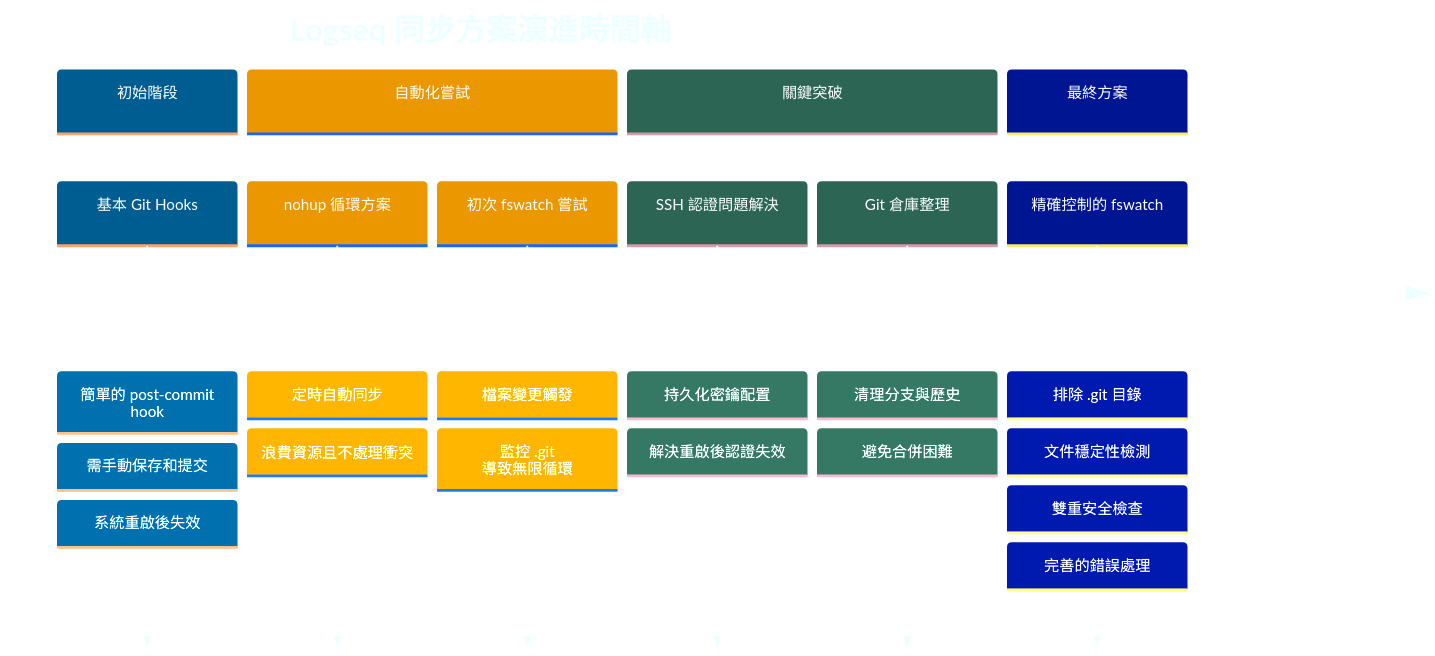
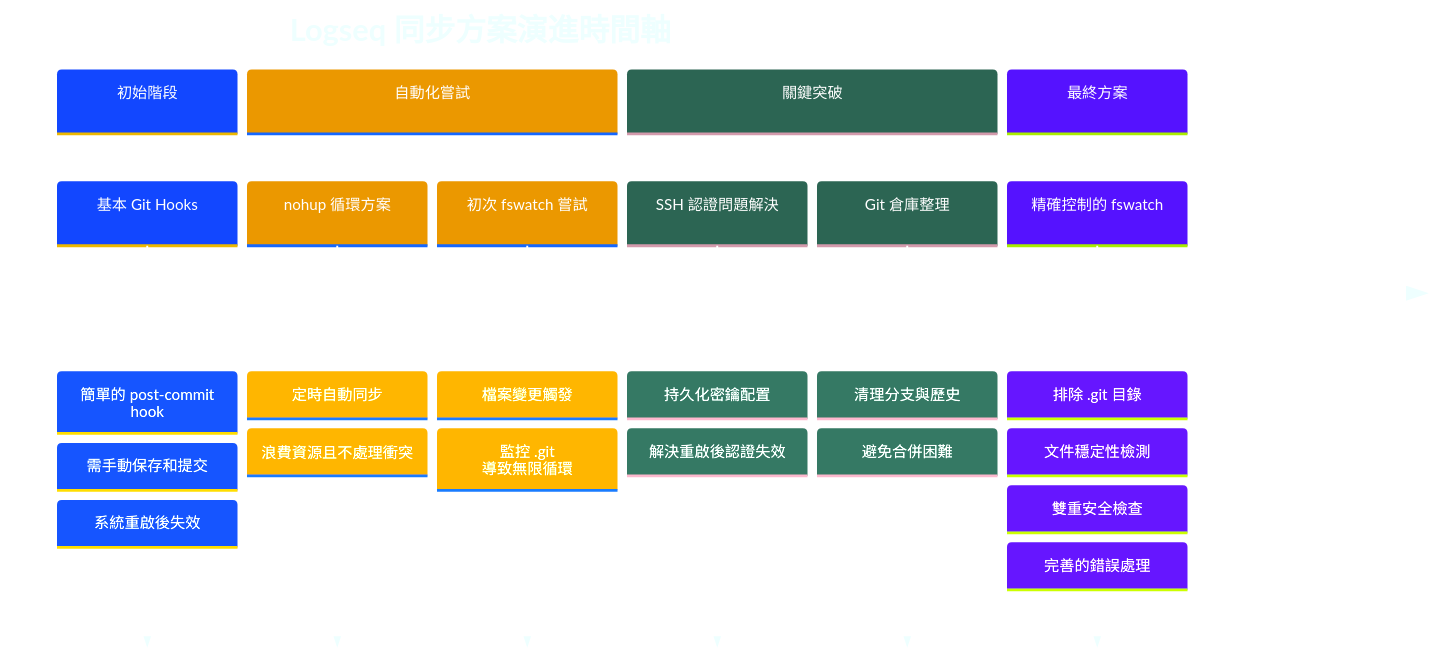
The first of 2 diagrams in Logseq同步方案演進記錄.md (GengGeng026/Sync-Logseq), drawn with Mermaid before and after one commit.

Commit message:
Auto saved by Logseq

````diff
--- a/Logseq同步方案演進記錄.md
+++ b/Logseq同步方案演進記錄.md
@@ -27,45 +27,45 @@
 ```mermaid
 %%{init: {
   'theme': 'base', 
   'themeVariables': {
-    'primaryColor': '#12AAFF',
+    'primaryColor': '#92AAFF',
     'secondaryColor': '#FFCB6B',
     'tertiaryColor': '#59B79A',
     'quaternaryColor': '#F07178',
     'primaryTextColor': '#FFFFFF',
     'primaryBorderColor': '#59B79A',
     'lineColor': '#C792EA',
     'background': 'transparent',
     'textColor': '#EEFFFF',
     'nodeBorder': '#59B79A',
     'clusterBkg': 'transparent',
     'titleColor': '#EEFFFF',
     'sectionBkgColor': '#273747',
     'sectionBkgColor2': '#334455',
     'sectionBkgColor3': '#3A4A5A',
     'sectionBkgColor4': '#42546A',
     'sectionBkgColor5': '#4B5E78'
   }
 }}%%
 timeline
     title Logseq 同步方案演進時間軸
     section 初始階段
         基本 Git Hooks : 簡單的 post-commit hook
         : 需手動保存和提交
         : 系統重啟後失效
     section 自動化嘗試
         nohup 循環方案 : 定時自動同步
         : 浪費資源且不處理衝突
         初次 fswatch 嘗試 : 檔案變更觸發
         : 監控 .git 導致無限循環
     section 關鍵突破
         SSH 認證問題解決 : 持久化密鑰配置
         : 解決重啟後認證失效
         Git 倉庫整理 : 清理分支與歷史
         : 避免合併困難
     section 最終方案
         精確控制的 fswatch : 排除 .git 目錄
         : 文件穩定性檢測
         : 雙重安全檢查
         : 完善的錯誤處理
 ```
````
